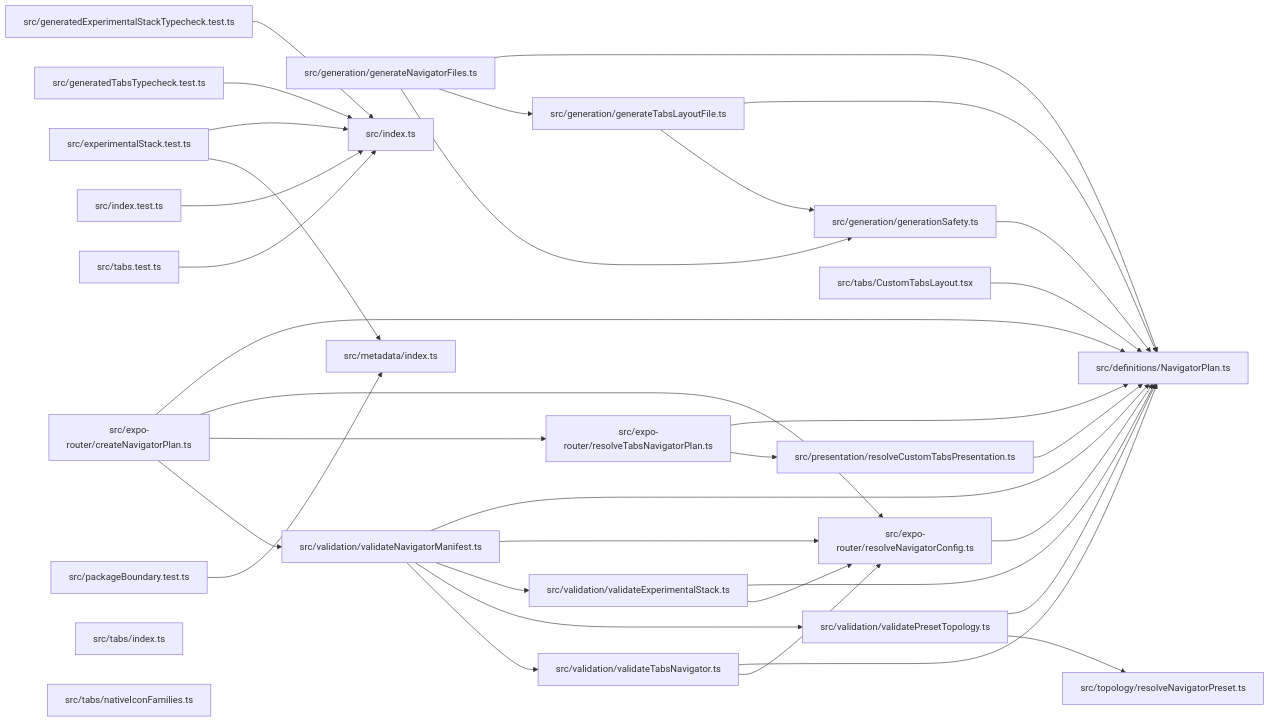
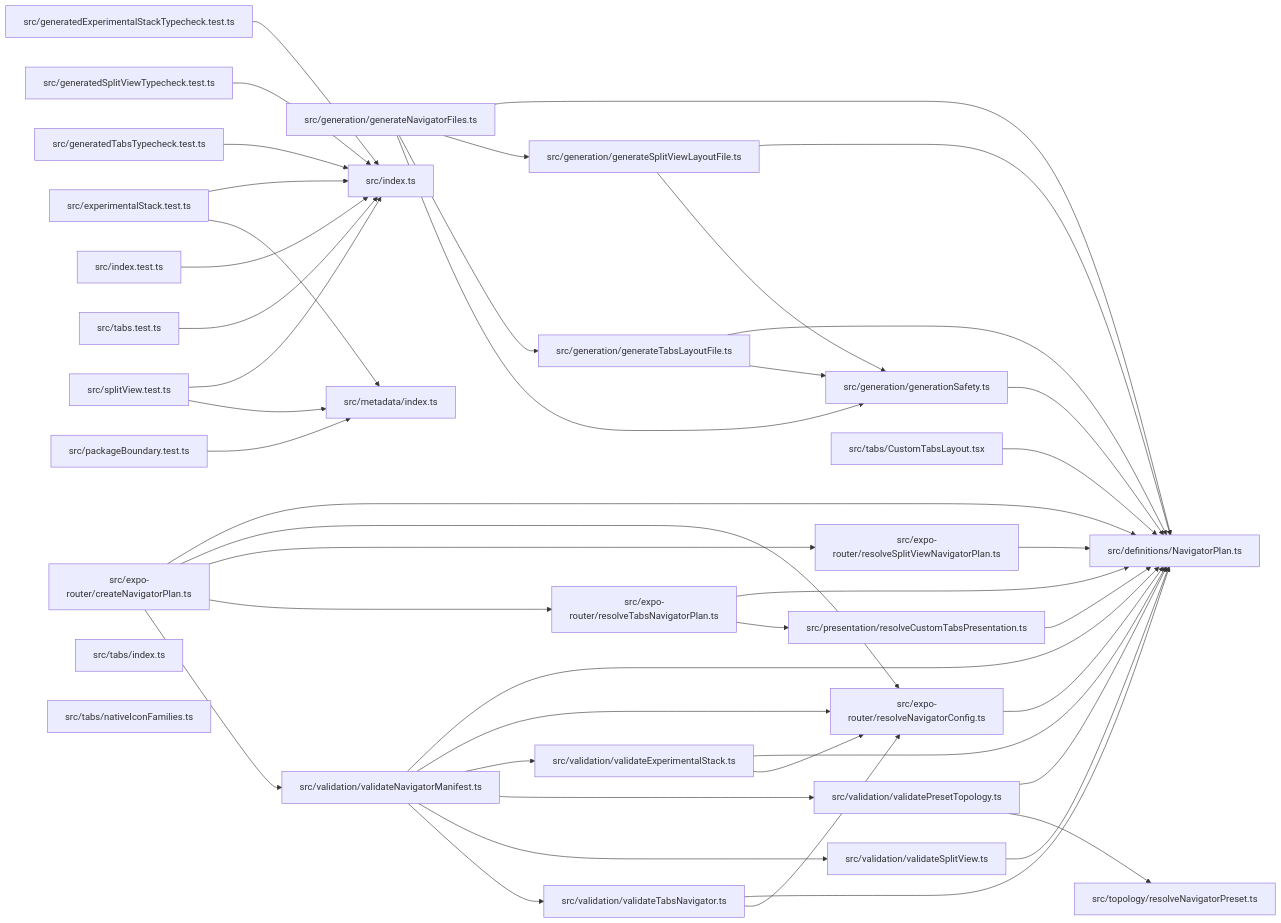
Before and after one commit to ankhorage/navigator: the diagram in paradox/diagrams/module-relationships.mmd, drawn with Mermaid. The commit also changed 22 other files, not shown here.

Commit message:
feat: add constrained split view adapter (#47)

```diff
--- a/paradox/diagrams/module-relationships.mmd
+++ b/paradox/diagrams/module-relationships.mmd
@@ -1,58 +1,73 @@
 graph LR
   module_src_definitions_NavigatorPlan_ts["src/definitions/NavigatorPlan.ts"]
   module_src_experimentalStack_test_ts["src/experimentalStack.test.ts"]
   module_src_expo_router_createNavigatorPlan_ts["src/expo-router/createNavigatorPlan.ts"]
   module_src_expo_router_resolveNavigatorConfig_ts["src/expo-router/resolveNavigatorConfig.ts"]
+  module_src_expo_router_resolveSplitViewNavigatorPlan_ts["src/expo-router/resolveSplitViewNavigatorPlan.ts"]
   module_src_expo_router_resolveTabsNavigatorPlan_ts["src/expo-router/resolveTabsNavigatorPlan.ts"]
   module_src_generatedExperimentalStackTypecheck_test_ts["src/generatedExperimentalStackTypecheck.test.ts"]
+  module_src_generatedSplitViewTypecheck_test_ts["src/generatedSplitViewTypecheck.test.ts"]
   module_src_generatedTabsTypecheck_test_ts["src/generatedTabsTypecheck.test.ts"]
   module_src_generation_generateNavigatorFiles_ts["src/generation/generateNavigatorFiles.ts"]
+  module_src_generation_generateSplitViewLayoutFile_ts["src/generation/generateSplitViewLayoutFile.ts"]
   module_src_generation_generateTabsLayoutFile_ts["src/generation/generateTabsLayoutFile.ts"]
   module_src_generation_generationSafety_ts["src/generation/generationSafety.ts"]
   module_src_index_test_ts["src/index.test.ts"]
   module_src_index_ts["src/index.ts"]
   module_src_metadata_index_ts["src/metadata/index.ts"]
   module_src_packageBoundary_test_ts["src/packageBoundary.test.ts"]
   module_src_presentation_resolveCustomTabsPresentation_ts["src/presentation/resolveCustomTabsPresentation.ts"]
+  module_src_splitView_test_ts["src/splitView.test.ts"]
   module_src_tabs_test_ts["src/tabs.test.ts"]
   module_src_tabs_CustomTabsLayout_tsx["src/tabs/CustomTabsLayout.tsx"]
   module_src_tabs_index_ts["src/tabs/index.ts"]
   module_src_tabs_nativeIconFamilies_ts["src/tabs/nativeIconFamilies.ts"]
   module_src_topology_resolveNavigatorPreset_ts["src/topology/resolveNavigatorPreset.ts"]
   module_src_validation_validateExperimentalStack_ts["src/validation/validateExperimentalStack.ts"]
   module_src_validation_validateNavigatorManifest_ts["src/validation/validateNavigatorManifest.ts"]
   module_src_validation_validatePresetTopology_ts["src/validation/validatePresetTopology.ts"]
+  module_src_validation_validateSplitView_ts["src/validation/validateSplitView.ts"]
   module_src_validation_validateTabsNavigator_ts["src/validation/validateTabsNavigator.ts"]
   module_src_experimentalStack_test_ts --> module_src_index_ts
   module_src_experimentalStack_test_ts --> module_src_metadata_index_ts
   module_src_expo_router_createNavigatorPlan_ts --> module_src_definitions_NavigatorPlan_ts
   module_src_expo_router_createNavigatorPlan_ts --> module_src_expo_router_resolveNavigatorConfig_ts
+  module_src_expo_router_createNavigatorPlan_ts --> module_src_expo_router_resolveSplitViewNavigatorPlan_ts
   module_src_expo_router_createNavigatorPlan_ts --> module_src_expo_router_resolveTabsNavigatorPlan_ts
   module_src_expo_router_createNavigatorPlan_ts --> module_src_validation_validateNavigatorManifest_ts
   module_src_expo_router_resolveNavigatorConfig_ts --> module_src_definitions_NavigatorPlan_ts
+  module_src_expo_router_resolveSplitViewNavigatorPlan_ts --> module_src_definitions_NavigatorPlan_ts
   module_src_expo_router_resolveTabsNavigatorPlan_ts --> module_src_definitions_NavigatorPlan_ts
   module_src_expo_router_resolveTabsNavigatorPlan_ts --> module_src_presentation_resolveCustomTabsPresentation_ts
   module_src_generatedExperimentalStackTypecheck_test_ts --> module_src_index_ts
+  module_src_generatedSplitViewTypecheck_test_ts --> module_src_index_ts
   module_src_generatedTabsTypecheck_test_ts --> module_src_index_ts
   module_src_generation_generateNavigatorFiles_ts --> module_src_definitions_NavigatorPlan_ts
+  module_src_generation_generateNavigatorFiles_ts --> module_src_generation_generateSplitViewLayoutFile_ts
   module_src_generation_generateNavigatorFiles_ts --> module_src_generation_generateTabsLayoutFile_ts
   module_src_generation_generateNavigatorFiles_ts --> module_src_generation_generationSafety_ts
+  module_src_generation_generateSplitViewLayoutFile_ts --> module_src_definitions_NavigatorPlan_ts
+  module_src_generation_generateSplitViewLayoutFile_ts --> module_src_generation_generationSafety_ts
   module_src_generation_generateTabsLayoutFile_ts --> module_src_definitions_NavigatorPlan_ts
   module_src_generation_generateTabsLayoutFile_ts --> module_src_generation_generationSafety_ts
   module_src_generation_generationSafety_ts --> module_src_definitions_NavigatorPlan_ts
   module_src_index_test_ts --> module_src_index_ts
   module_src_packageBoundary_test_ts --> module_src_metadata_index_ts
   module_src_presentation_resolveCustomTabsPresentation_ts --> module_src_definitions_NavigatorPlan_ts
+  module_src_splitView_test_ts --> module_src_index_ts
+  module_src_splitView_test_ts --> module_src_metadata_index_ts
   module_src_tabs_test_ts --> module_src_index_ts
   module_src_tabs_CustomTabsLayout_tsx --> module_src_definitions_NavigatorPlan_ts
   module_src_validation_validateExperimentalStack_ts --> module_src_definitions_NavigatorPlan_ts
   module_src_validation_validateExperimentalStack_ts --> module_src_expo_router_resolveNavigatorConfig_ts
   module_src_validation_validateNavigatorManifest_ts --> module_src_definitions_NavigatorPlan_ts
   module_src_validation_validateNavigatorManifest_ts --> module_src_expo_router_resolveNavigatorConfig_ts
   module_src_validation_validateNavigatorManifest_ts --> module_src_validation_validateExperimentalStack_ts
   module_src_validation_validateNavigatorManifest_ts --> module_src_validation_validatePresetTopology_ts
+  module_src_validation_validateNavigatorManifest_ts --> module_src_validation_validateSplitView_ts
   module_src_validation_validateNavigatorManifest_ts --> module_src_validation_validateTabsNavigator_ts
   module_src_validation_validatePresetTopology_ts --> module_src_definitions_NavigatorPlan_ts
   module_src_validation_validatePresetTopology_ts --> module_src_topology_resolveNavigatorPreset_ts
+  module_src_validation_validateSplitView_ts --> module_src_definitions_NavigatorPlan_ts
   module_src_validation_validateTabsNavigator_ts --> module_src_definitions_NavigatorPlan_ts
   module_src_validation_validateTabsNavigator_ts --> module_src_expo_router_resolveNavigatorConfig_ts
```
